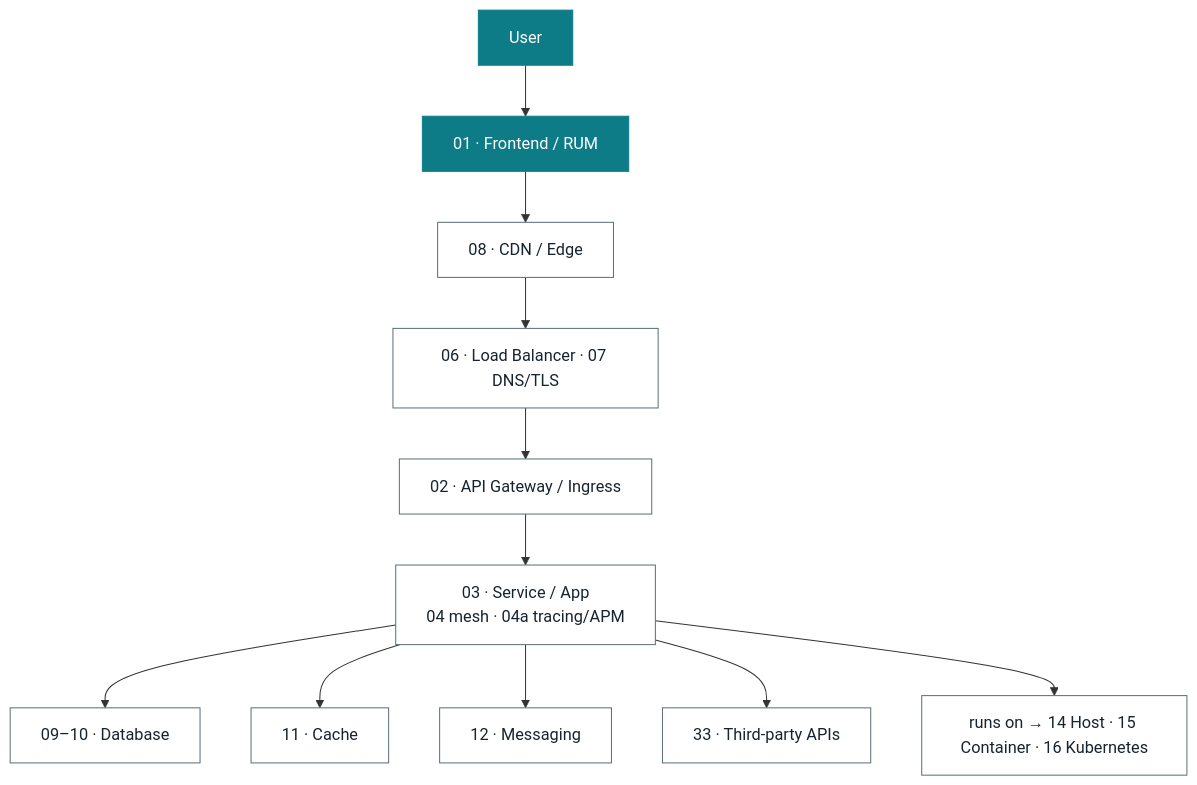
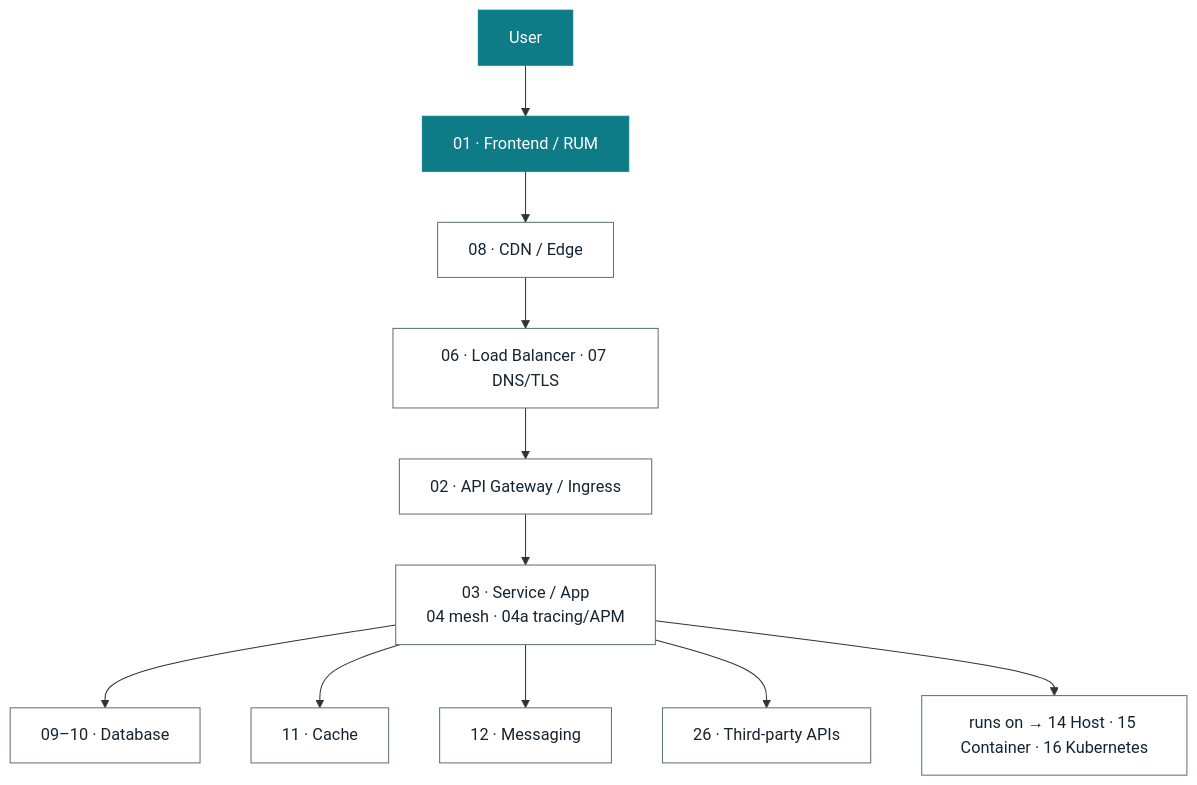
One commit to gauravs19/cloud-native-observability changed the third of 3 diagrams in CATALOG.md. Above: the diagram before and after it, drawn with Mermaid. The commit also changed other lines of this file, not shown here.

````diff
--- a/CATALOG.md
+++ b/CATALOG.md
@@ -242,17 +242,17 @@
 ```mermaid
 flowchart TB
   U["User"] --> FE["01 · Frontend / RUM"]
   FE --> CDN["08 · CDN / Edge"]
   CDN --> LB["06 · Load Balancer · 07 DNS/TLS"]
   LB --> GW["02 · API Gateway / Ingress"]
   GW --> SVC["03 · Service / App<br/>04 mesh · 04a tracing/APM"]
   SVC --> DB["09–10 · Database"]
   SVC --> CACHE["11 · Cache"]
   SVC --> MQ["12 · Messaging"]
-  SVC --> EXT["33 · Third-party APIs"]
+  SVC --> EXT["26 · Third-party APIs"]
   SVC --> INFRA["runs on → 14 Host · 15 Container · 16 Kubernetes"]
   classDef edge fill:#0d7c87,stroke:#0d7c87,color:#ffffff;
   classDef plain fill:#ffffff,stroke:#5c6f7c,color:#16242f;
   class U,FE edge;
   class CDN,LB,GW,SVC,DB,CACHE,MQ,EXT,INFRA plain;
 ```
````
